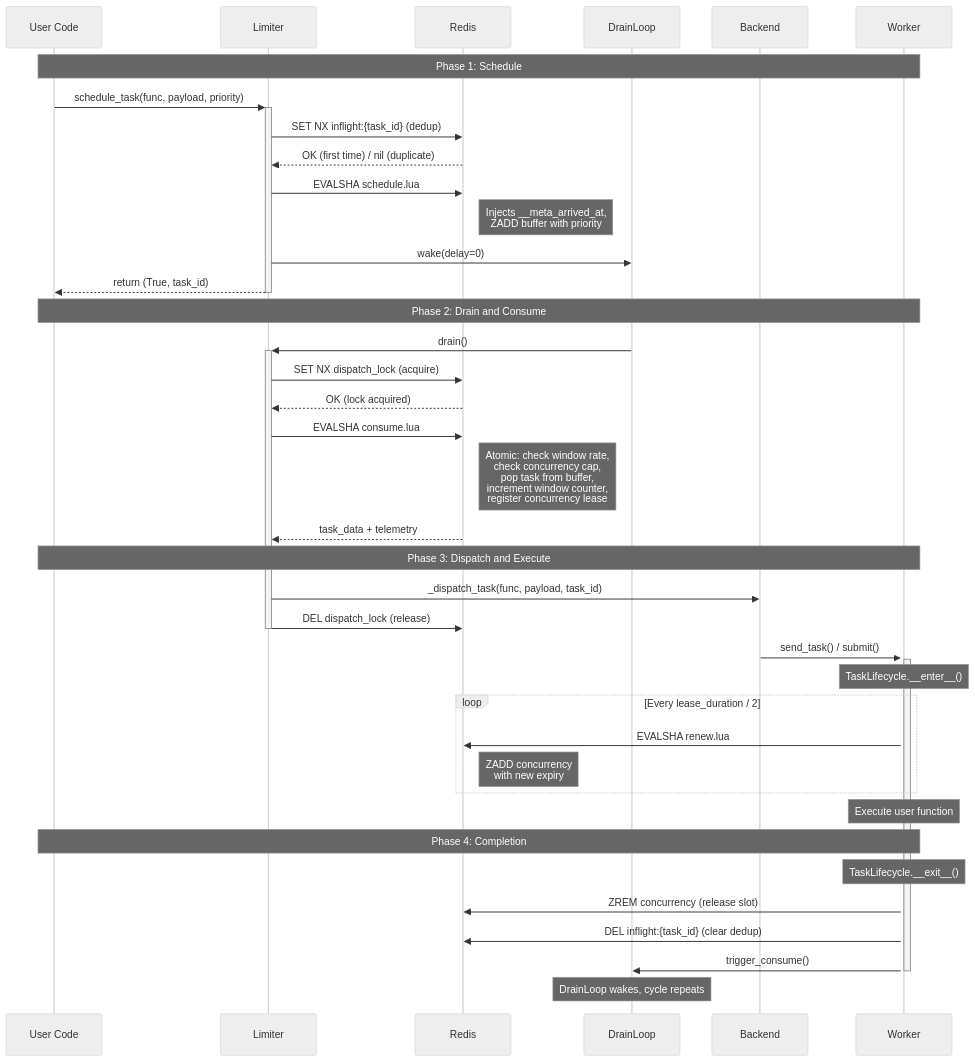
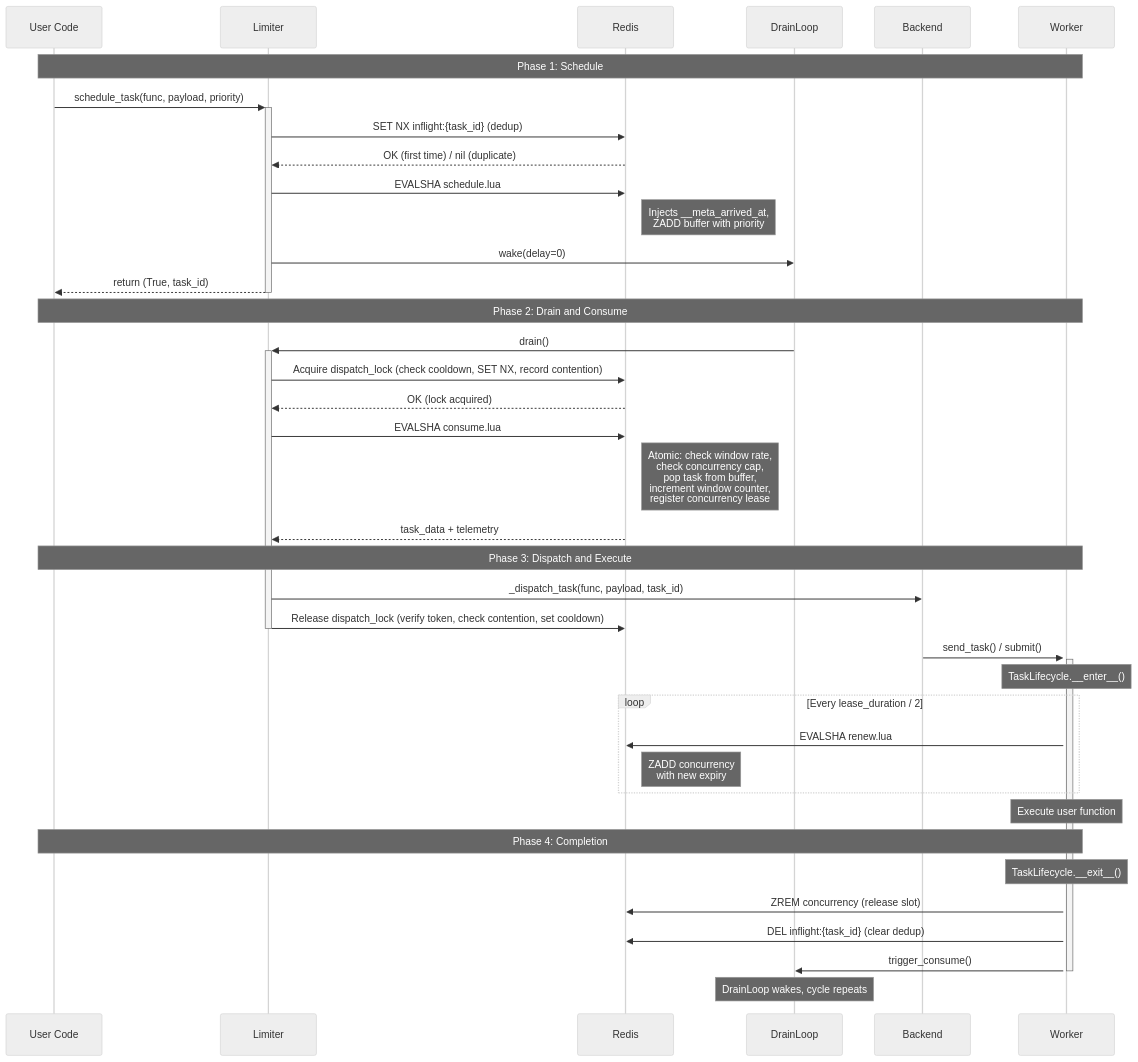
The diagram in docs/architecture/task-lifecycle.md (melroy999/redis-rate-limiter), drawn with Mermaid (neutral theme) before and after one commit. The commit also changed other lines of this file and 53 other files, not shown here.

Commit message:
[/worker-limiter] Added Prometheus metrics integration, demo infrastructure, and K8s manifests. Fixed dispatch lock starvation (contention-aware cooldown) and added local capacity guard. Made the drain thread more robust (auto-recovery, exception handling, cross-process Pub/Sub notification).

````diff
--- a/docs/architecture/task-lifecycle.md
+++ b/docs/architecture/task-lifecycle.md
@@ -13,59 +13,59 @@
 ```mermaid
 sequenceDiagram
     participant U as User Code
     participant L as Limiter
     participant R as Redis
     participant D as DrainLoop
     participant B as Backend
     participant W as Worker
 
     note over U,W: Phase 1: Schedule
 
     U->>+L: schedule_task(func, payload, priority)
     L->>R: SET NX inflight:{task_id} (dedup)
     R-->>L: OK (first time) / nil (duplicate)
 
     L->>R: EVALSHA schedule.lua
     note right of R: Injects __meta_arrived_at,<br/>ZADD buffer with priority
 
     L->>D: wake(delay=0)
     L-->>-U: return (True, task_id)
 
     note over U,W: Phase 2: Drain and Consume
 
     D->>+L: drain()
-    L->>R: SET NX dispatch_lock (acquire)
+    L->>R: Acquire dispatch_lock (check cooldown, SET NX, record contention)
     R-->>L: OK (lock acquired)
 
     L->>R: EVALSHA consume.lua
     note right of R: Atomic: check window rate,<br/>check concurrency cap,<br/>pop task from buffer,<br/>increment window counter,<br/>register concurrency lease
 
     R-->>L: task_data + telemetry
 
     note over U,W: Phase 3: Dispatch and Execute
 
     L->>B: _dispatch_task(func, payload, task_id)
-    L->>R: DEL dispatch_lock (release)
+    L->>R: Release dispatch_lock (verify token, check contention, set cooldown)
     deactivate L
 
     B->>+W: send_task() / submit()
     activate W
     note over W: TaskLifecycle.__enter__()
 
     loop Every lease_duration / 2
         W->>R: EVALSHA renew.lua
         note right of R: ZADD concurrency<br/>with new expiry
     end
 
     note over W: Execute user function
 
     note over U,W: Phase 4: Completion
 
     note over W: TaskLifecycle.__exit__()
     W->>R: ZREM concurrency (release slot)
     W->>R: DEL inflight:{task_id} (clear dedup)
     W->>D: trigger_consume()
     deactivate W
 
     note over D: DrainLoop wakes, cycle repeats
 ```
````
